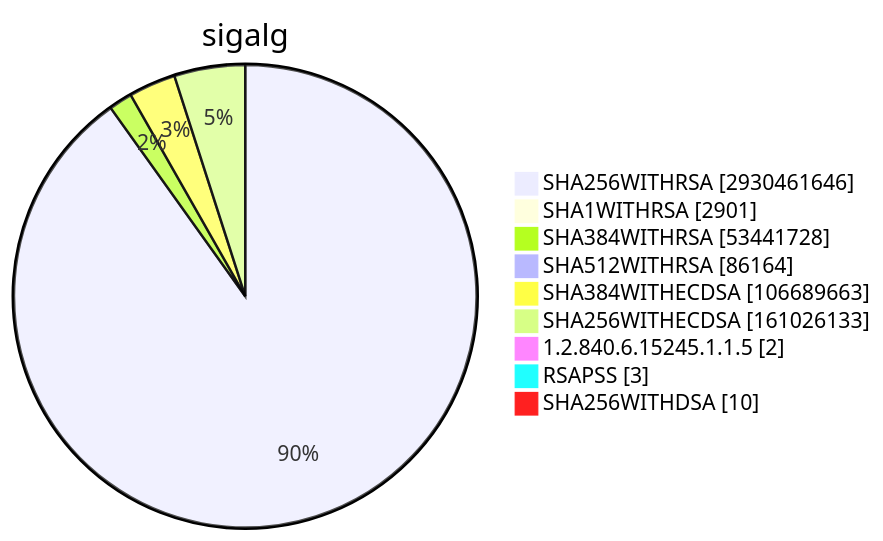
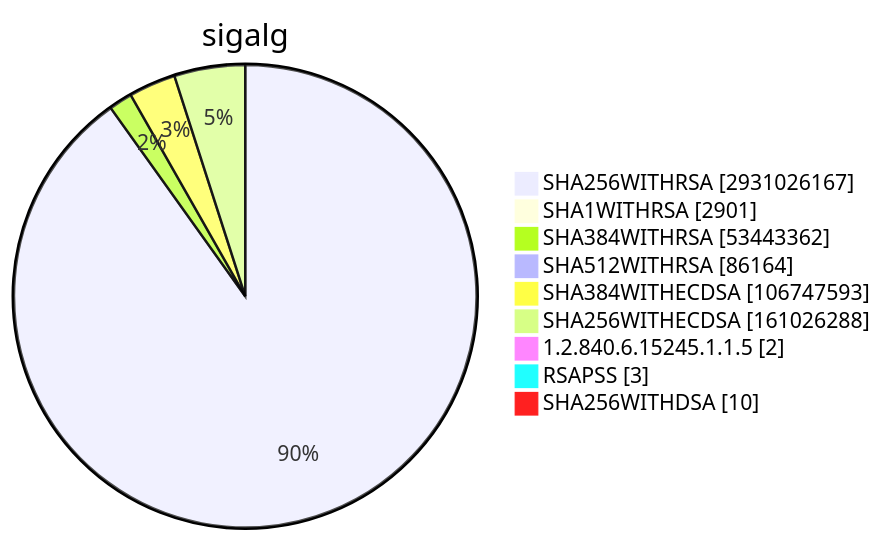
Diagram 15 of 15 in TOTAL/README.md (christiankrug/ctmonitor_visualization), drawn with Mermaid before and after one commit. The commit also changed other lines of this file, not shown here.

````diff
--- a/TOTAL/README.md
+++ b/TOTAL/README.md
@@ -6207,13 +6207,13 @@
 ```mermaid
 pie showData
 title sigalg
-"SHA256WITHRSA" :2930461646
+"SHA256WITHRSA" :2931026167
 "SHA1WITHRSA" :2901
-"SHA384WITHRSA" :53441728
+"SHA384WITHRSA" :53443362
 "SHA512WITHRSA" :86164
-"SHA384WITHECDSA" :106689663
-"SHA256WITHECDSA" :161026133
+"SHA384WITHECDSA" :106747593
+"SHA256WITHECDSA" :161026288
 "1.2.840.6.15245.1.1.5" :2
 "RSAPSS" :3
 "SHA256WITHDSA" :10
 ```
````
